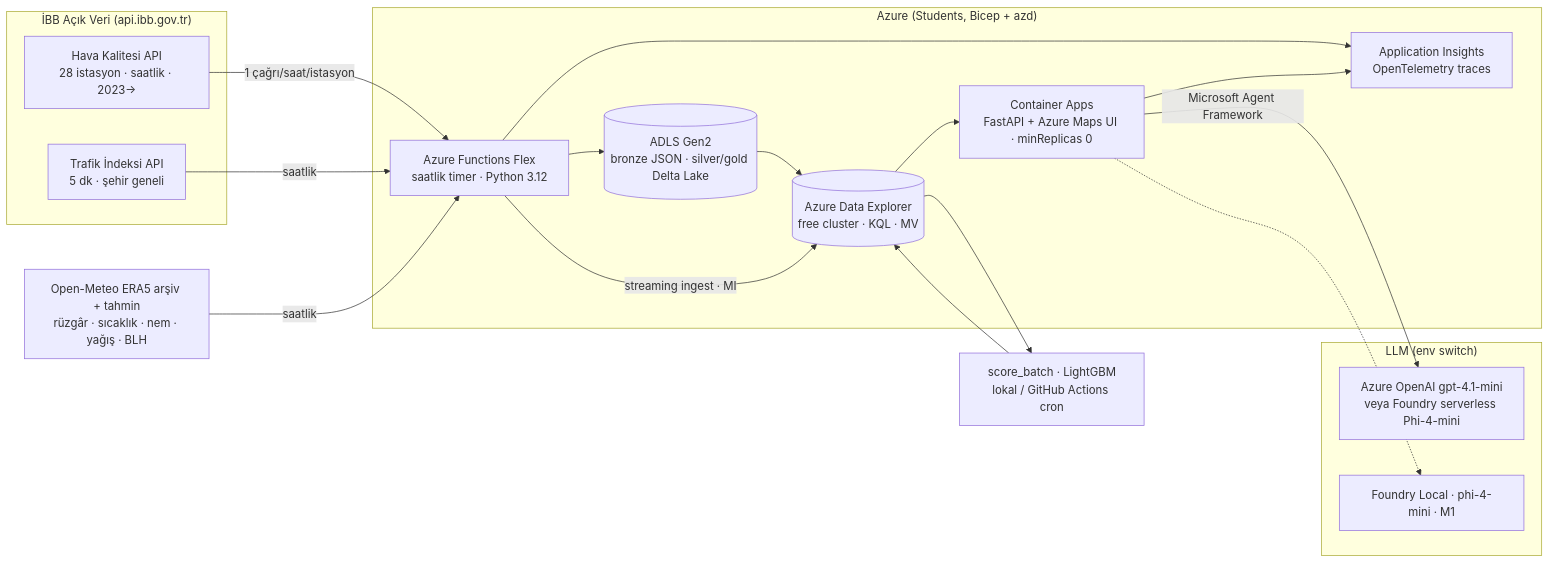
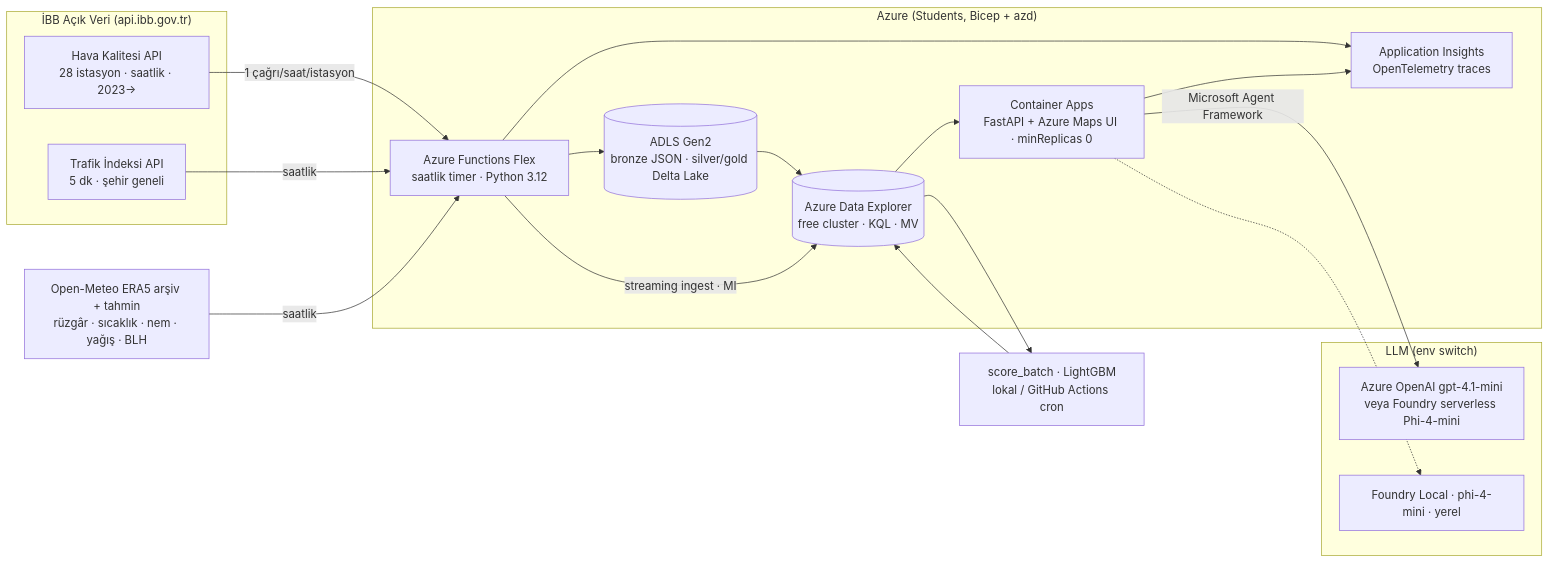
One commit to muratcan-ates/istanbul-nabiz changed the diagram in docs/archive/PLAN-nefes-v2.md. Above: the diagram before and after it, drawn with Mermaid. The commit also changed other lines of this file and 5 other files, not shown here.

````diff
--- a/docs/archive/PLAN-nefes-v2.md
+++ b/docs/archive/PLAN-nefes-v2.md
@@ -72,31 +72,31 @@
 ```mermaid
 flowchart LR
   subgraph IBB["İBB Açık Veri (api.ibb.gov.tr)"]
     AQ[Hava Kalitesi API<br/>28 istasyon · saatlik · 2023→]
     TI[Trafik İndeksi API<br/>5 dk · şehir geneli]
   end
   OM[Open-Meteo ERA5 arşiv + tahmin<br/>rüzgâr · sıcaklık · nem · yağış · BLH]
   subgraph AZ["Azure (Students, Bicep + azd)"]
     F[Azure Functions Flex<br/>saatlik timer · Python 3.12]
     L[(ADLS Gen2<br/>bronze JSON · silver/gold Delta Lake)]
     K[(Azure Data Explorer<br/>free cluster · KQL · MV)]
     A[Container Apps<br/>FastAPI + Azure Maps UI · minReplicas 0]
     AI[Application Insights<br/>OpenTelemetry traces]
   end
   M[score_batch · LightGBM<br/>lokal / GitHub Actions cron]
   subgraph LLM["LLM (env switch)"]
     AO[Azure OpenAI gpt-4.1-mini<br/>veya Foundry serverless Phi-4-mini]
-    FL[Foundry Local · phi-4-mini · M1]
+    FL[Foundry Local · phi-4-mini · yerel]
   end
   AQ -->|1 çağrı/saat/istasyon| F
   TI -->|saatlik| F
   OM -->|saatlik| F
   F --> L --> K
   F -->|streaming ingest · MI| K
   K --> M --> K
   K --> A
   A -->|Microsoft Agent Framework| AO
   A -.-> FL
   F --> AI
   A --> AI
 ```
````
